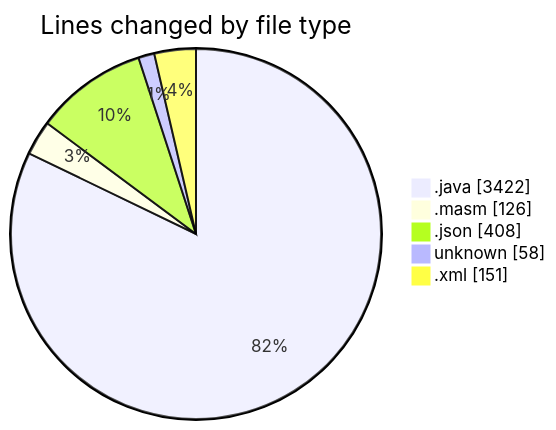
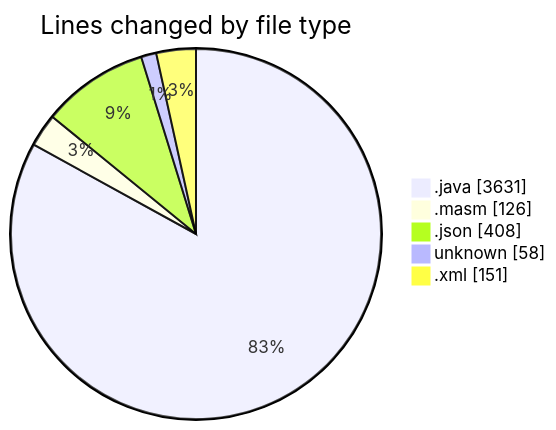
The first of 2 diagrams in 2025-02-19/masm/README.md (charlie-sans/code-tracking), drawn with Mermaid before and after one commit. The commit also changed other lines of this file and 1 other file, not shown here.

````diff
--- a/2025-02-19/masm/README.md
+++ b/2025-02-19/masm/README.md
@@ -41,9 +41,9 @@
 ```mermaid
 pie showData
 title Lines changed by file type
-".java" : 3422
+".java" : 3631
 ".masm" : 126
 ".json" : 408
 "unknown" : 58
 ".xml" : 151
 ```
````
